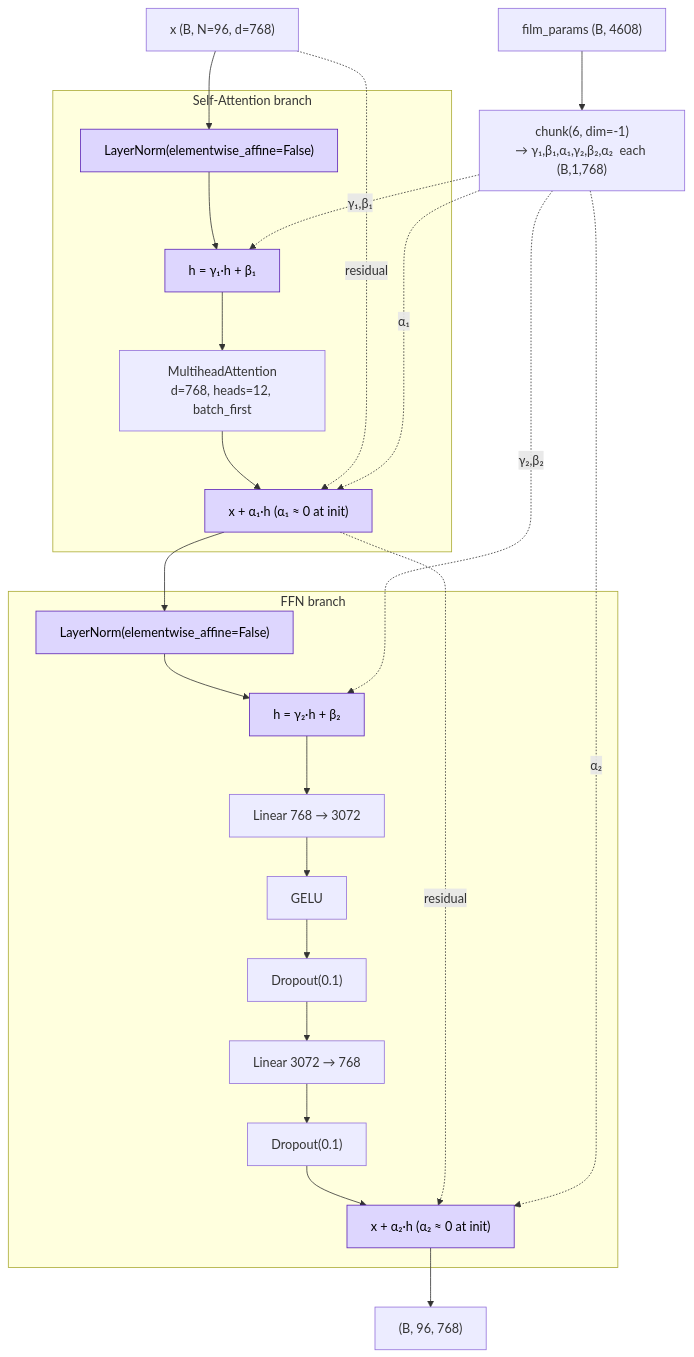
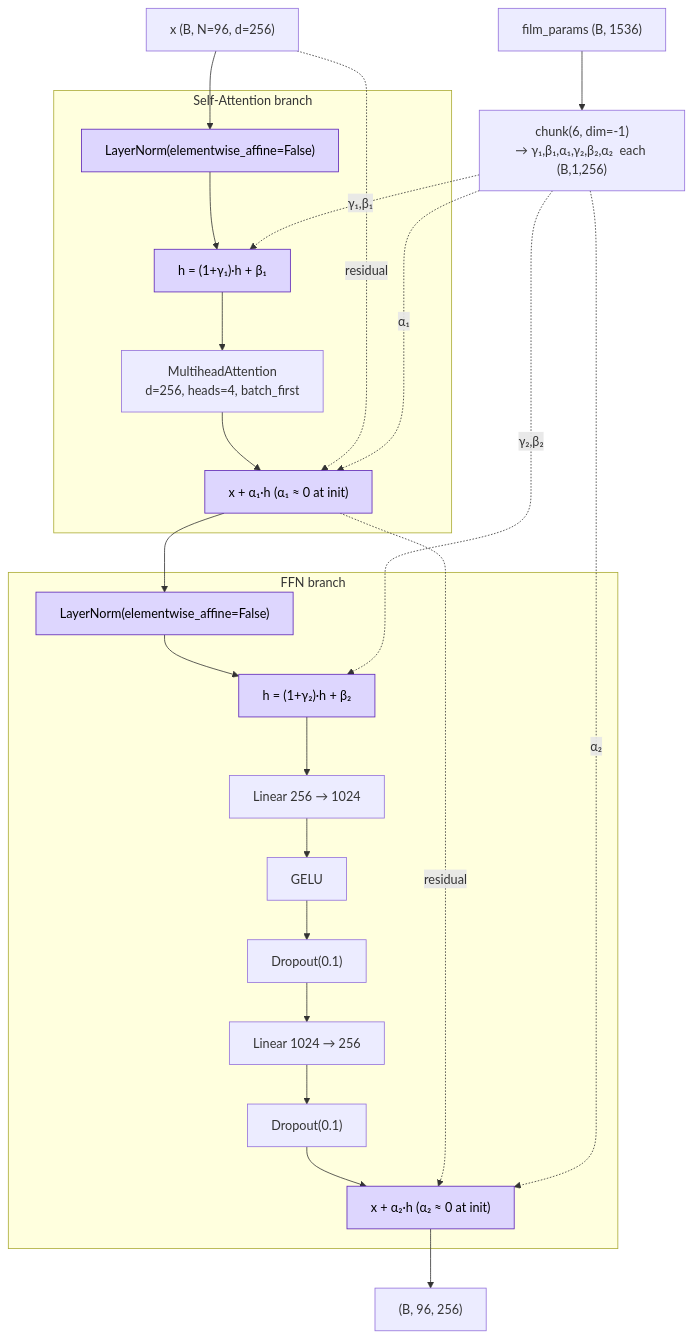
The fourth of 8 diagrams in README.md (zongseung/gene-synthesis-project), drawn with Mermaid before and after one commit. The commit also changed other lines of this file and 43 other files, not shown here.

````diff
--- a/README.md
+++ b/README.md
@@ -326,40 +320,40 @@
 ```mermaid
 flowchart TD
-    X["x (B, N=96, d=768)"]
-    FP["film_params (B, 4608)"]
-    CHK["chunk(6, dim=-1)<br/>→ γ₁,β₁,α₁,γ₂,β₂,α₂  each (B,1,768)"]
+    X["x (B, N=96, d=256)"]
+    FP["film_params (B, 1536)"]
+    CHK["chunk(6, dim=-1)<br/>→ γ₁,β₁,α₁,γ₂,β₂,α₂  each (B,1,256)"]
 
     subgraph ATTN["Self-Attention branch"]
         N1["LayerNorm(elementwise_affine=False)"]
-        M1["h = γ₁·h + β₁"]
-        MHA["MultiheadAttention<br/>d=768, heads=12, batch_first"]
+        M1["h = (1+γ₁)·h + β₁"]
+        MHA["MultiheadAttention<br/>d=256, heads=4, batch_first"]
         G1["x + α₁·h   (α₁ ≈ 0 at init)"]
     end
 
     subgraph MLP["FFN branch"]
         N2["LayerNorm(elementwise_affine=False)"]
-        M2["h = γ₂·h + β₂"]
-        F1["Linear 768 → 3072"]
+        M2["h = (1+γ₂)·h + β₂"]
+        F1["Linear 256 → 1024"]
         GE["GELU"]
         DR1["Dropout(0.1)"]
-        F2["Linear 3072 → 768"]
+        F2["Linear 1024 → 256"]
         DR2["Dropout(0.1)"]
         G2["x + α₂·h   (α₂ ≈ 0 at init)"]
     end
 
     X --> N1 --> M1 --> MHA --> G1
     X -. residual .-> G1
     FP --> CHK
     CHK -. γ₁,β₁ .-> M1
     CHK -. α₁ .-> G1
 
     G1 --> N2 --> M2 --> F1 --> GE --> DR1 --> F2 --> DR2 --> G2
     G1 -. residual .-> G2
     CHK -. γ₂,β₂ .-> M2
     CHK -. α₂ .-> G2
 
-    G2 --> OUT["(B, 96, 768)"]
+    G2 --> OUT["(B, 96, 256)"]
 
     classDef ada fill:#ddd6fe,stroke:#5b21b6,color:#000
     class N1,M1,G1,N2,M2,G2 ada
 ```
````
